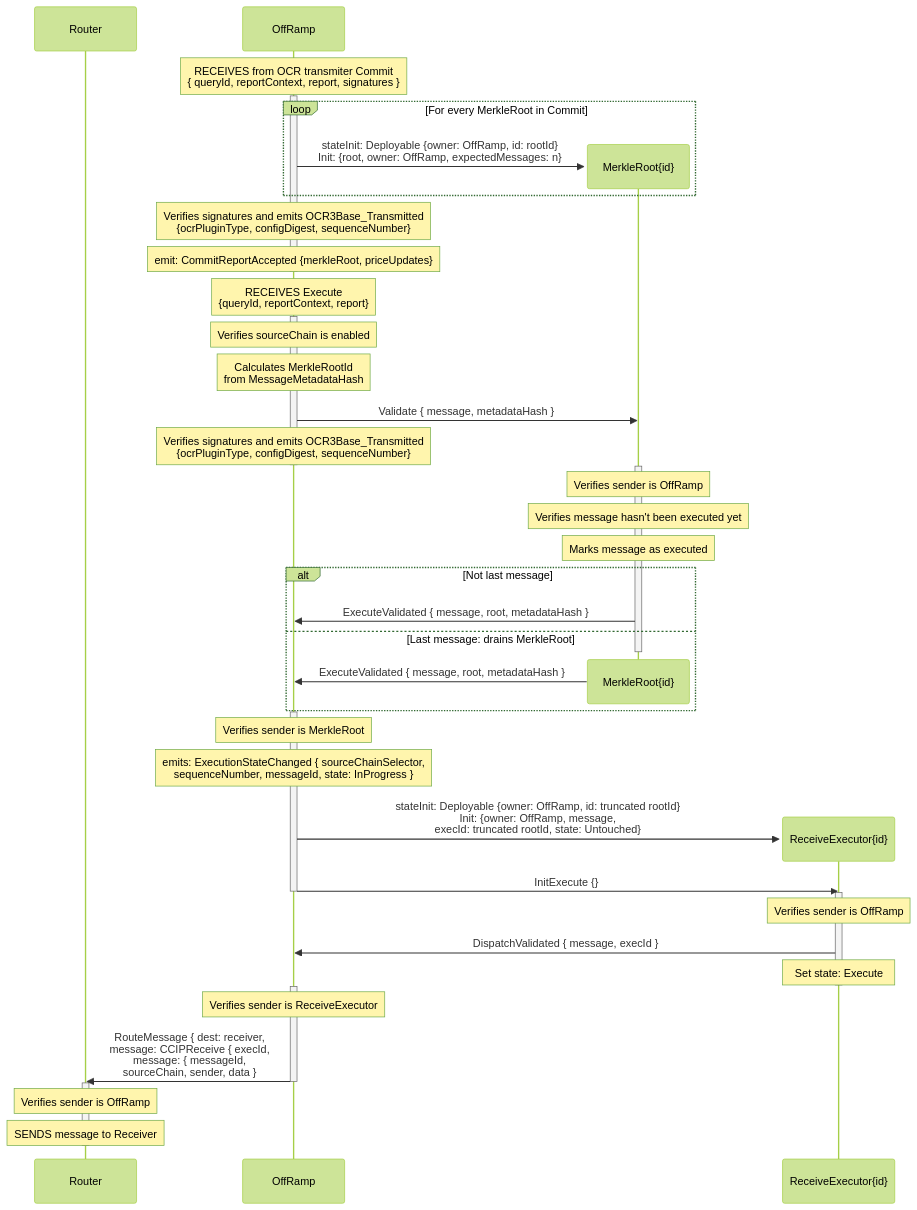
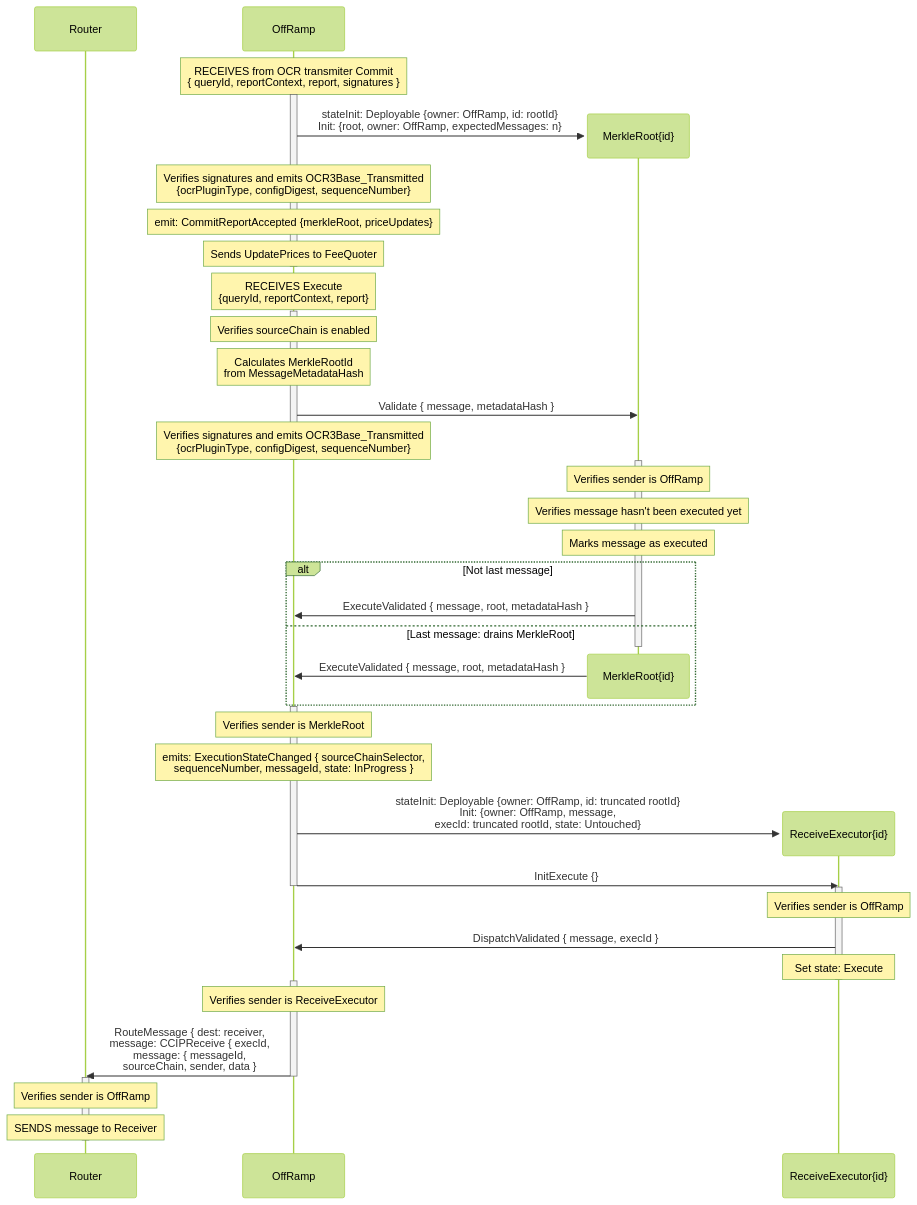
Before and after one commit to fork-the-planet/smartcontractkit___chainlink-ton: the first of 3 diagrams in docs/contracts/ccip/flow/offramp/arbitrary-msg.md, drawn with Mermaid (forest theme).

Commit message:
Update arbitrary-msg.md (#320)

````diff
--- a/docs/contracts/ccip/flow/offramp/arbitrary-msg.md
+++ b/docs/contracts/ccip/flow/offramp/arbitrary-msg.md
@@ -5,73 +5,73 @@
 ```mermaid
 sequenceDiagram
     participant R as Router
     participant OR as OffRamp
 
     
     
     Note over OR: RECEIVES from OCR transmiter Commit<br>{ queryId, reportContext, report, signatures }
     activate OR
 
-    loop For every MerkleRoot in Commit
-        create participant MR as MerkleRoot{id}
-        OR ->> MR: stateInit: Deployable {owner: OffRamp, id: rootId}<br>Init: {root, owner: OffRamp, expectedMessages: n}
-    end
+    create participant MR as MerkleRoot{id}
+    OR ->> MR: stateInit: Deployable {owner: OffRamp, id: rootId}<br>Init: {root, owner: OffRamp, expectedMessages: n}
+    
     Note over OR: Verifies signatures and emits OCR3Base_Transmitted<br>{ocrPluginType, configDigest, sequenceNumber}
     Note over OR: emit: CommitReportAccepted {merkleRoot, priceUpdates}
+    Note over OR: Sends UpdatePrices to FeeQuoter
     deactivate OR
  
     Note over OR: RECEIVES Execute<br>{queryId, reportContext, report}
     activate OR
     Note over OR: Verifies sourceChain is enabled
     Note over OR: Calculates MerkleRootId<br>from MessageMetadataHash
 
     OR ->> MR: Validate { message, metadataHash }
 
     Note over OR: Verifies signatures and emits OCR3Base_Transmitted<br>{ocrPluginType, configDigest, sequenceNumber}
     deactivate OR
 
     activate MR
 
     Note over MR: Verifies sender is OffRamp
     Note over MR: Verifies message hasn't been executed yet
     Note over MR: Marks message as executed
 
     
     alt Not last message
     MR ->> OR: ExecuteValidated { message, root, metadataHash }
     else Last message: drains MerkleRoot
     deactivate MR
     destroy MR
     MR ->> OR: ExecuteValidated { message, root, metadataHash }
     end
 
     activate OR
     Note over OR: Verifies sender is MerkleRoot
     Note over OR: emits: ExecutionStateChanged { sourceChainSelector,<br>sequenceNumber, messageId, state: InProgress }
     create participant RE as ReceiveExecutor{id}
     OR ->> RE: stateInit: Deployable {owner: OffRamp, id: truncated rootId}<br>Init: {owner: OffRamp, message,<br>execId: truncated rootId, state: Untouched}
     OR ->> RE: InitExecute {}
     deactivate OR
 
 
 
     activate RE
     Note over RE: Verifies sender is OffRamp
     RE ->> OR: DispatchValidated { message, execId }
     Note over RE: Set state: Execute
     deactivate RE
 
 
 
     activate OR
     Note over OR: Verifies sender is ReceiveExecutor
     OR ->> R: RouteMessage { dest: receiver,<br>message: CCIPReceive { execId,<br>message: { messageId,<br>sourceChain, sender, data }
     deactivate OR
 
 
 
     activate R
     Note over R: Verifies sender is OffRamp
     Note over R: SENDS message to Receiver
     deactivate R
 ```
````
